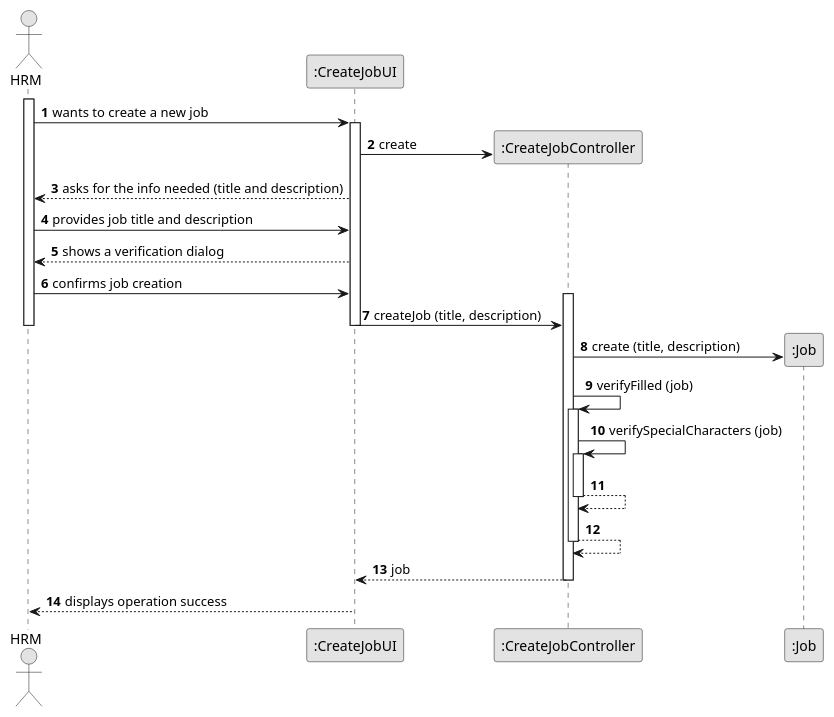
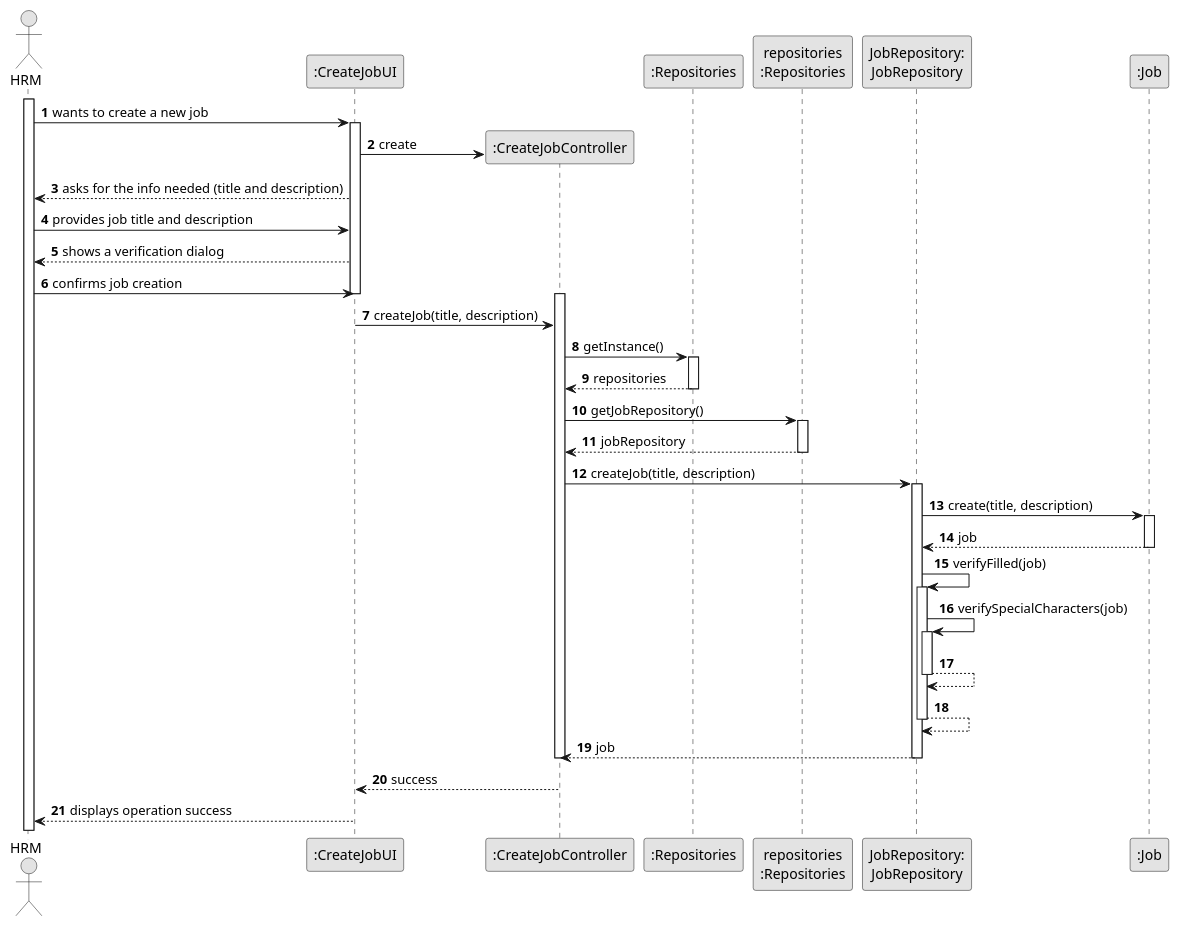
The diagram in docs/sprintB/us002/03.design/puml/us002-sequence-diagram-full.puml (ricardomm7/leaflink), drawn with PlantUML before and after one commit. The commit also changed 1 other file, not shown here.

```diff
--- a/docs/sprintB/us002/03.design/puml/us002-sequence-diagram-full.puml
+++ b/docs/sprintB/us002/03.design/puml/us002-sequence-diagram-full.puml
@@ -1,43 +1,65 @@
 @startuml
 skinparam monochrome true
 skinparam packageStyle rectangle
 skinparam shadowing false
 
 autonumber
 
 'hide footbox
 actor "HRM" as Employee
 participant ":CreateJobUI" as UI
 participant ":CreateJobController" as CTRL
+participant ":Repositories" as GlobRepo
+participant "repositories\n:Repositories" as PLAT
+participant "JobRepository:\nJobRepository" as JobRepository
 participant ":Job" as Job
 
 activate Employee
 Employee -> UI : wants to create a new job
 activate UI
 UI -> CTRL** : create
 UI --> Employee : asks for the info needed (title and description)
 Employee -> UI : provides job title and description
 UI --> Employee : shows a verification dialog
 Employee -> UI : confirms job creation
-activate CTRL
-UI -> CTRL : createJob (title, description)
-deactivate Employee
 deactivate UI
 
-    'CTRL -> Job : calls the constructor to create a new job with provided attributes (title, description)
-    CTRL -> Job** : create (title, description)
+activate CTRL
+UI -> CTRL : createJob(title, description)
 
-        CTRL -> CTRL : verifyFilled (job)
-            activate CTRL
-            CTRL -> CTRL : verifySpecialCharacters (job)
-            activate CTRL
-        CTRL --> CTRL
-        deactivate CTRL
-    CTRL --> CTRL
-    deactivate CTRL
-CTRL --> UI : job
+CTRL -> GlobRepo : getInstance()
+activate GlobRepo
+GlobRepo --> CTRL : repositories
+deactivate GlobRepo
+
+CTRL -> PLAT : getJobRepository()
+activate PLAT
+PLAT -->  CTRL: jobRepository
+deactivate PLAT
+
+CTRL -> JobRepository : createJob(title, description)
+activate JobRepository
+
+    JobRepository -> Job : create(title, description)
+        activate Job
+        Job --> JobRepository : job
+        deactivate Job
+
+    JobRepository -> JobRepository : verifyFilled(job)
+        activate JobRepository
+        JobRepository -> JobRepository : verifySpecialCharacters(job)
+        activate JobRepository
+        JobRepository --> JobRepository
+        deactivate JobRepository
+    JobRepository --> JobRepository
+    deactivate JobRepository
+JobRepository --> CTRL : job
+deactivate JobRepository
 deactivate CTRL
+
+CTRL --> UI : success
+deactivate CTRL
+
 UI --> Employee : displays operation success
 
-
 @enduml
```
